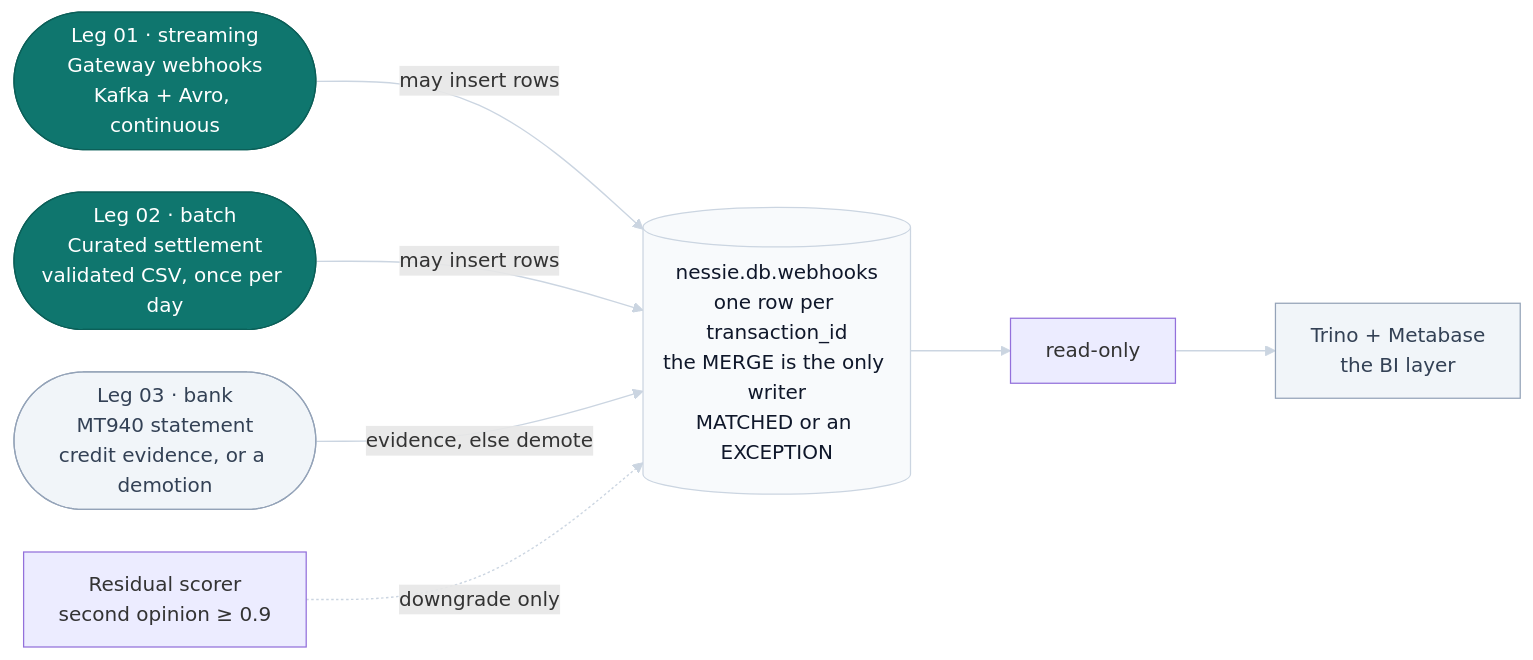
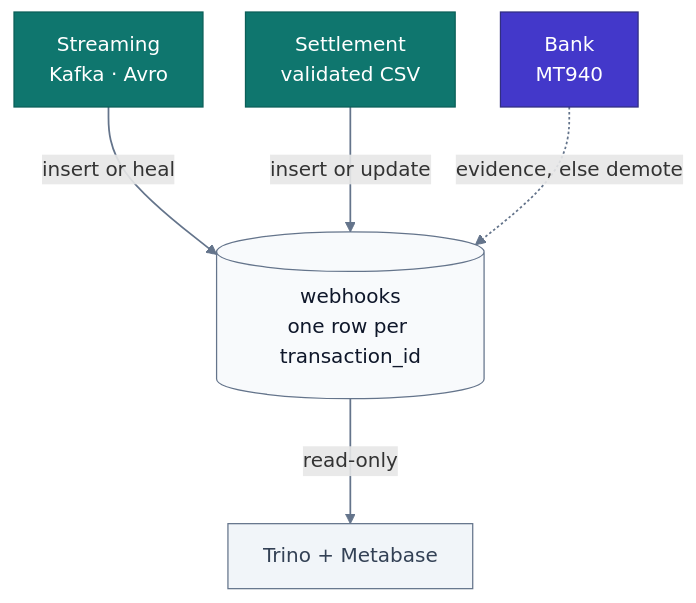
The first of 2 diagrams in docs/ARCHITECTURE.md (DhanushPillay/tx-recon), drawn with Mermaid before and after one commit. The commit also changed other lines of this file and 1 other file, not shown here.

First line of the commit message:
docs: redraw the architecture diagrams

````diff
--- a/docs/ARCHITECTURE.md
+++ b/docs/ARCHITECTURE.md
@@ -15,25 +15,23 @@
 ```mermaid
-%%{init: {"look": "classic", "layout": "dagre", "flowchart": {"curve": "basis", "nodeSpacing": 34, "rankSpacing": 80, "padding": 14, "useMaxWidth": true}}}%%
-flowchart LR
-  L1(["Leg 01 · streaming<br/>Gateway webhooks<br/>Kafka + Avro, continuous"]):::ing
-  L2(["Leg 02 · batch<br/>Curated settlement<br/>validated CSV, once per day"]):::ing
-  L3(["Leg 03 · bank<br/>MT940 statement<br/>credit evidence, or a demotion"]):::serve
-  RS["Residual scorer<br/>second opinion ≥ 0.9"]
+%%{init: {"look": "classic", "layout": "dagre", "flowchart": {"curve": "basis", "nodeSpacing": 34, "rankSpacing": 76, "padding": 14, "useMaxWidth": true}}}%%
+flowchart TB
+  accTitle: Three legs, one table
+  accDescr: Streaming and settlement legs insert or update, the bank leg only demotes, and Trino reads.
 
-  T[("nessie.db.webhooks<br/>one row per transaction_id<br/>the MERGE is the only writer<br/>MATCHED or an EXCEPTION")]:::store
-  RO["read-only"]
-  BI["Trino + Metabase<br/>the BI layer"]:::serve
+  W["Streaming<br/>Kafka · Avro"]:::ing
+  S["Settlement<br/>validated CSV"]:::ing
+  B["Bank<br/>MT940"]:::bank
+  T[("webhooks<br/>one row per transaction_id")]:::store
+  BI["Trino + Metabase"]:::serve
 
-  L1 -->|"may insert rows"| T
-  L2 -->|"may insert rows"| T
-  L3 -->|"evidence, else demote"| T
-  RS -.->|"downgrade only"| T
-
-  T --> RO
-  RO --> BI
+  W -->|"insert or heal"| T
+  S -->|"insert or update"| T
+  B -.->|"evidence, else demote"| T
+  T -->|"read-only"| BI
 
   classDef ing fill:#0F766E,stroke:#0B5F58,color:#FFFFFF,stroke-width:1px;
-  classDef store fill:#F8FAFC,stroke:#CBD5E1,color:#0F172A,stroke-width:1px;
-  classDef serve fill:#F1F5F9,stroke:#94A3B8,color:#334155,stroke-width:1px;
-  linkStyle default stroke:#CBD5E1,stroke-width:1.1px;
+  classDef bank fill:#4338CA,stroke:#312E81,color:#FFFFFF,stroke-width:1px;
+  classDef store fill:#F8FAFC,stroke:#64748B,color:#0F172A,stroke-width:1px;
+  classDef serve fill:#F1F5F9,stroke:#64748B,color:#334155,stroke-width:1px;
+  linkStyle default stroke:#64748B,stroke-width:1.4px;
 ```
````
